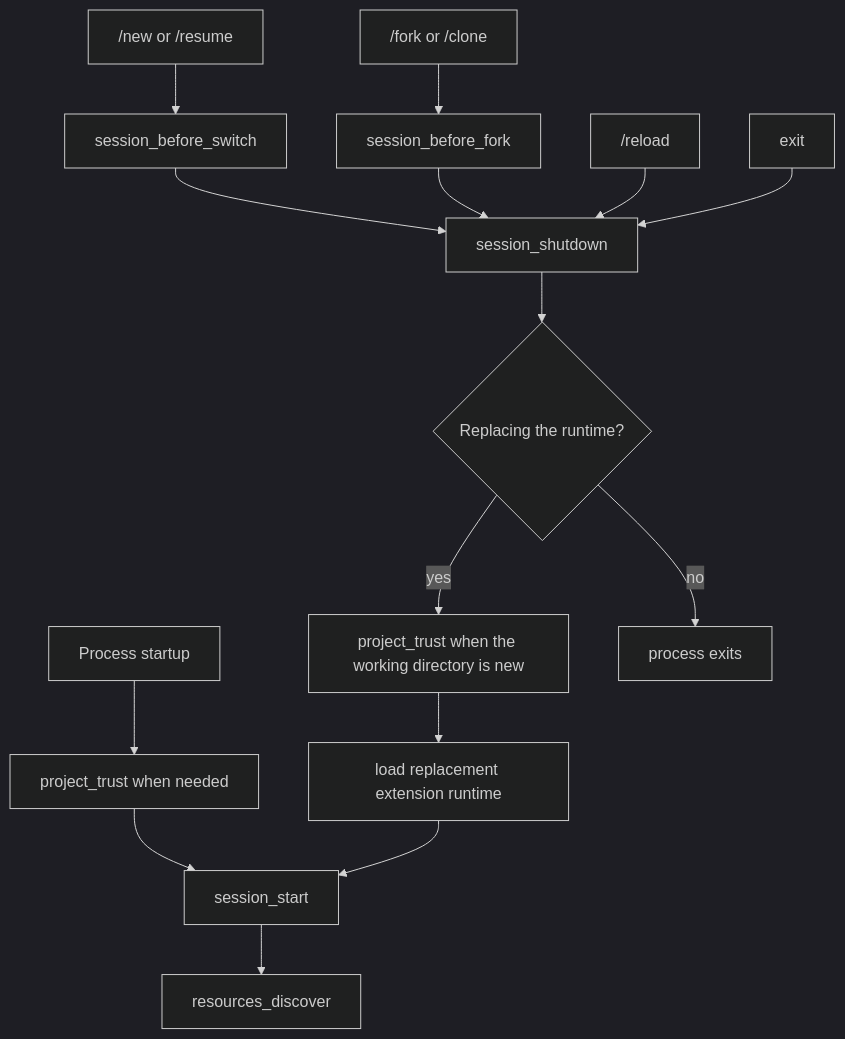
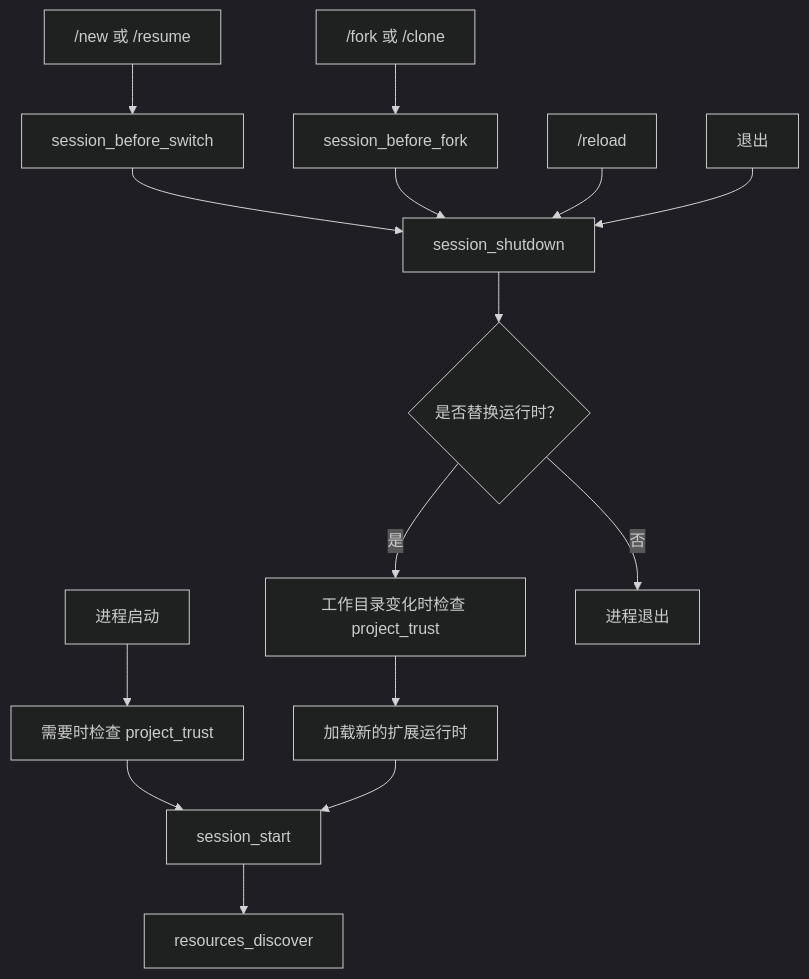
The third of 3 diagrams in packages/coding-agent/docs/zh-CN/extensions.md (caecarxu/pi), drawn with Mermaid (dark theme) before and after one commit. The commit also changed other lines of this file and 10 other files, not shown here.

````diff
--- a/packages/coding-agent/docs/zh-CN/extensions.md
+++ b/packages/coding-agent/docs/zh-CN/extensions.md
@@ -375,17 +375,17 @@
 ```mermaid
 flowchart TD
-    Startup["Process startup"] --> Trust["project_trust when needed"]
+    Startup["进程启动"] --> Trust["需要时检查 project_trust"]
     Trust --> SessionStart["session_start"]
-    Switch["/new or /resume"] --> BeforeSwitch["session_before_switch"]
-    Fork["/fork or /clone"] --> BeforeFork["session_before_fork"]
+    Switch["/new 或 /resume"] --> BeforeSwitch["session_before_switch"]
+    Fork["/fork 或 /clone"] --> BeforeFork["session_before_fork"]
     BeforeSwitch --> Shutdown["session_shutdown"]
     BeforeFork --> Shutdown
     Reload["/reload"] --> Shutdown
-    Exit["exit"] --> Shutdown
-    Shutdown --> Replacing{"Replacing the runtime?"}
-    Replacing -->|yes| ReplacementTrust["project_trust when the working directory is new"]
-    ReplacementTrust --> Replacement["load replacement extension runtime"]
+    Exit["退出"] --> Shutdown
+    Shutdown --> Replacing{"是否替换运行时？"}
+    Replacing -->|是| ReplacementTrust["工作目录变化时检查 project_trust"]
+    ReplacementTrust --> Replacement["加载新的扩展运行时"]
     Replacement --> SessionStart
-    Replacing -->|no| Stop["process exits"]
+    Replacing -->|否| Stop["进程退出"]
     SessionStart --> Discover["resources_discover"]
 ```
````
